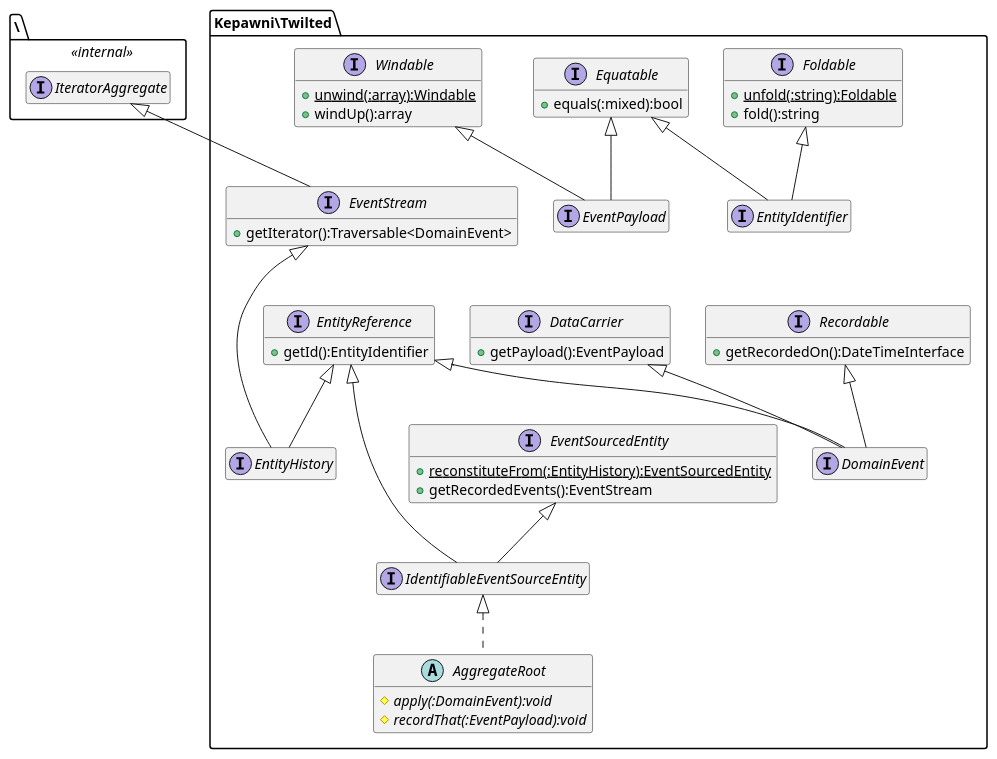
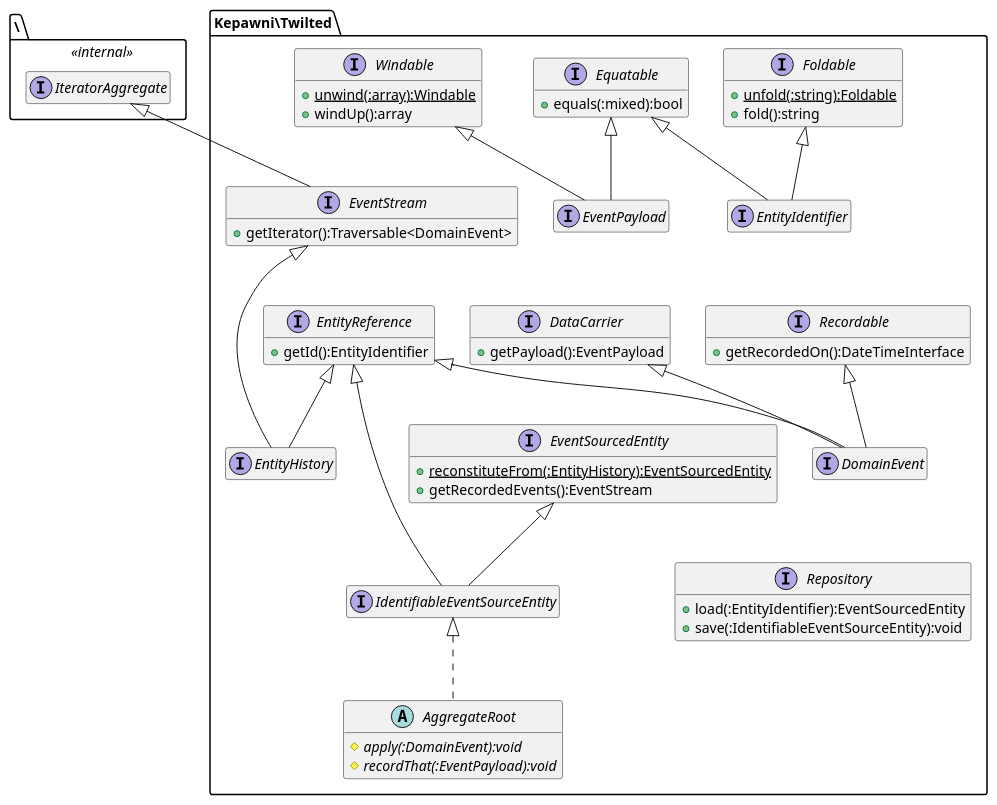
Before and after one commit to kepawni/twilted: the diagram in doc/structure.puml, drawn with PlantUML. The commit also changed 1 other file, not shown here.

Commit message:
Add Repository to class diagram and update images

```diff
--- a/doc/structure.puml
+++ b/doc/structure.puml
@@ -1,59 +1,64 @@
 @startuml
 hide empty members
 package \ <<internal>> {
     interface IteratorAggregate
 }
 package Kepawni\Twilted {
     abstract AggregateRoot {
         {abstract} #apply(:DomainEvent):void
         {abstract} #recordThat(:EventPayload):void
     }
     interface DataCarrier {
         +getPayload():EventPayload
     }
     interface DomainEvent
     interface EntityHistory
     interface EntityIdentifier
     interface EntityReference {
         +getId():EntityIdentifier
     }
     interface Equatable {
         +equals(:mixed):bool
     }
     interface EventPayload
     interface EventSourcedEntity {
         {static} +reconstituteFrom(:EntityHistory):EventSourcedEntity
         +getRecordedEvents():EventStream
     }
     interface EventStream {
         +getIterator():Traversable<DomainEvent>
     }
     interface Foldable {
         {static} +unfold(:string):Foldable
         +fold():string
     }
     interface IdentifiableEventSourceEntity
     interface Recordable {
         +getRecordedOn():DateTimeInterface
     }
+    interface Repository {
+        +load(:EntityIdentifier):EventSourcedEntity
+        +save(:IdentifiableEventSourceEntity):void
+    }
     interface Windable {
         {static} +unwind(:array):Windable
         +windUp():array
     }
     IdentifiableEventSourceEntity ^.. AggregateRoot
     DataCarrier ^-- DomainEvent
     EntityReference ^-- DomainEvent
     Recordable ^-- DomainEvent
     EntityReference ^-- EntityHistory
     EventStream ^--- EntityHistory
     Equatable ^-- EntityIdentifier
     Foldable ^-- EntityIdentifier
     Equatable ^-- EventPayload
     Windable ^-- EventPayload
     IteratorAggregate ^-- EventStream
     EntityReference ^--- IdentifiableEventSourceEntity
     EventSourcedEntity ^-- IdentifiableEventSourceEntity
 
     Windable -d[hidden]- EventStream
+    Repository -u[hidden]- DomainEvent
 }
 @enduml
```
